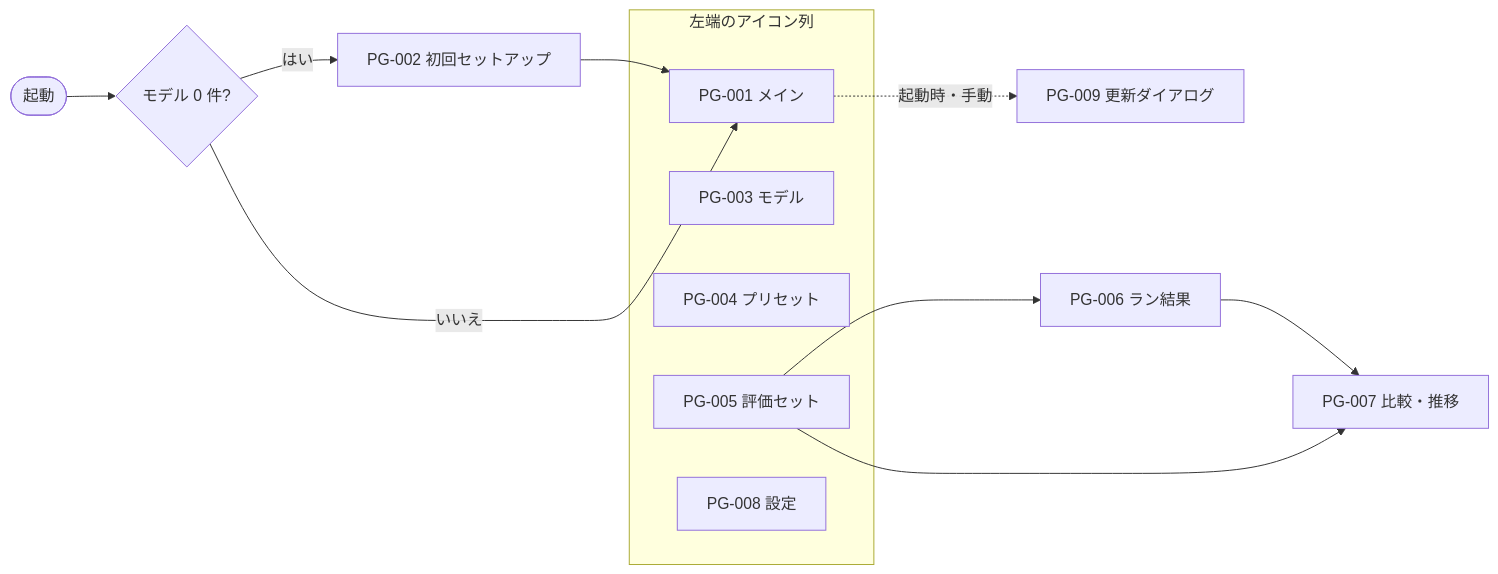
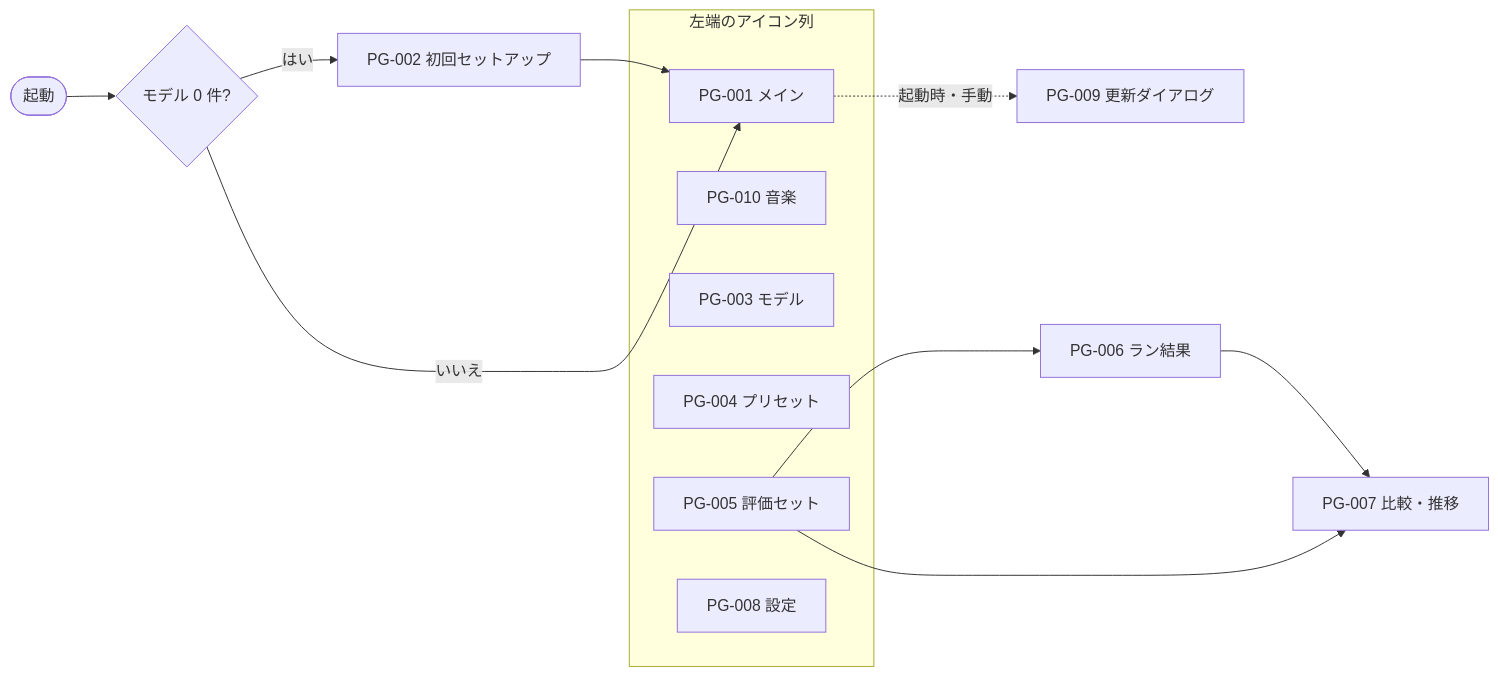
One commit to itiwoja/llm-party changed the diagram in docs/design/ui/01_ia.md. Above: the diagram before and after it, drawn with Mermaid. The commit also changed other lines of this file and 21 other files, not shown here.

````diff
--- a/docs/design/ui/01_ia.md
+++ b/docs/design/ui/01_ia.md
@@ -13,17 +13,18 @@
 ```mermaid
 flowchart LR
   S([起動]) --> C{モデル 0 件?}
   C -- はい --> PG002[PG-002 初回セットアップ]
   C -- いいえ --> PG001[PG-001 メイン]
   PG002 --> PG001
   subgraph 左端のアイコン列
     PG001
+    PG010[PG-010 音楽]
     PG003[PG-003 モデル]
     PG004[PG-004 プリセット]
     PG005[PG-005 評価セット]
     PG008[PG-008 設定]
   end
   PG005 --> PG006[PG-006 ラン結果] --> PG007[PG-007 比較・推移]
   PG005 --> PG007
   PG001 -.起動時・手動.-> PG009[PG-009 更新ダイアログ]
 ```
````
